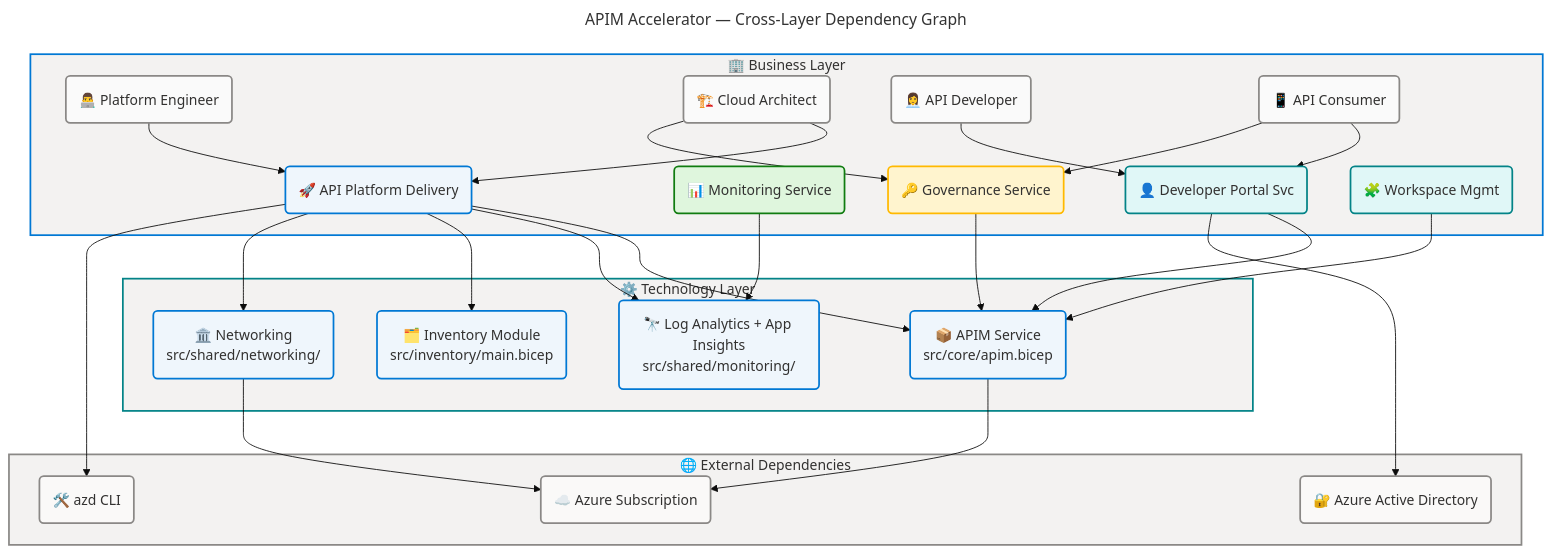
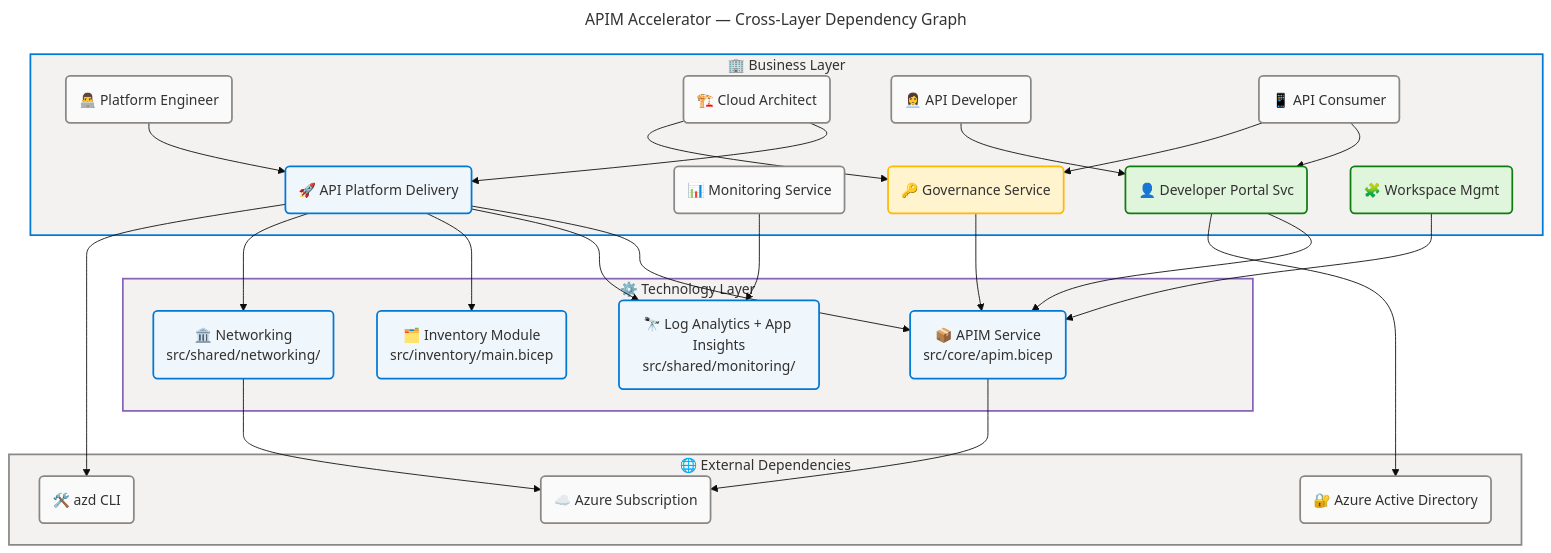
The sixth of 6 diagrams in docs/architecture/business-architecture.md (Evilazaro/APIM-Accelerator), drawn with Mermaid before and after one commit. The commit also changed other lines of this file, not shown here.

Commit message:
style: enhance Mermaid diagram configurations and add verification details for improved clarity

````diff
--- a/docs/architecture/business-architecture.md
+++ b/docs/architecture/business-architecture.md
@@ -783,18 +803,28 @@
 ```mermaid
 ---
 title: "APIM Accelerator — Cross-Layer Dependency Graph"
-config: {theme: base, look: classic, layout: dagre}
+config:
+  theme: base
+  look: classic
+  layout: dagre
+  themeVariables:
+    fontSize: '16px'
+  flowchart:
+    htmlLabels: true
 ---
 flowchart TB
     accTitle: APIM Accelerator Cross-Layer Dependency Graph
     accDescr: Directed dependency graph showing Platform Engineer, Cloud Architect, API Developer, and API Consumer actors depending on business services which depend on Technology layer resources and external Azure services
 
     %% ═══════════════════════════════════════════════════════════════════════════
-    %% AZURE/FLUENT v1.1 — GOVERNANCE BLOCK
-    %% Document   : business-architecture.md v1.1.0
-    %% Diagram    : Cross-Layer Dependency Graph (Diagram 6 of 6)
-    %% Gate       : E-019 comprehensive ≥6 diagrams
-    %% Last-edited: 2025
+    %% AZURE / FLUENT ARCHITECTURE PATTERN v1.1
+    %% (Semantic + Structural + Font + Accessibility Governance)
+    %% ═══════════════════════════════════════════════════════════════════════════
+    %% PHASE 1 - FLUENT UI: All styling uses approved Fluent UI palette only
+    %% PHASE 2 - GROUPS: Every subgraph has semantic color via style directive
+    %% PHASE 3 - COMPONENTS: Every node has semantic classDef + icon prefix
+    %% PHASE 4 - ACCESSIBILITY: accTitle/accDescr present, WCAG AA contrast
+    %% PHASE 5 - STANDARD: Governance block present, classDefs centralized
     %% ═══════════════════════════════════════════════════════════════════════════
 
     subgraph bizLayer["🏢 Business Layer"]
@@ -842,14 +872,14 @@
     bs1 --> e3
 
     style bizLayer fill:#F3F2F1,stroke:#0078D4,stroke-width:2px,color:#323130
-    style techLayer fill:#F3F2F1,stroke:#038387,stroke-width:2px,color:#323130
+    style techLayer fill:#F3F2F1,stroke:#8764B8,stroke-width:2px,color:#323130
     style extLayer fill:#F3F2F1,stroke:#8A8886,stroke-width:2px,color:#323130
 
     classDef actor fill:#FAFAFA,stroke:#8A8886,stroke-width:2px,color:#323130
     classDef core fill:#EFF6FC,stroke:#0078D4,stroke-width:2px,color:#323130
-    classDef neutral fill:#DFF6DD,stroke:#107C10,stroke-width:2px,color:#323130
+    classDef neutral fill:#FAFAFA,stroke:#8A8886,stroke-width:2px,color:#323130
     classDef warning fill:#FFF4CE,stroke:#FFB900,stroke-width:2px,color:#323130
-    classDef success fill:#E0F7F7,stroke:#038387,stroke-width:2px,color:#323130
+    classDef success fill:#DFF6DD,stroke:#107C10,stroke-width:2px,color:#323130
     classDef tech fill:#EFF6FC,stroke:#0078D4,stroke-width:2px,color:#323130
-    classDef external fill:#FAF9F8,stroke:#8A8886,stroke-width:2px,color:#323130
+    classDef external fill:#FAFAFA,stroke:#8A8886,stroke-width:2px,color:#323130
 ```
````
